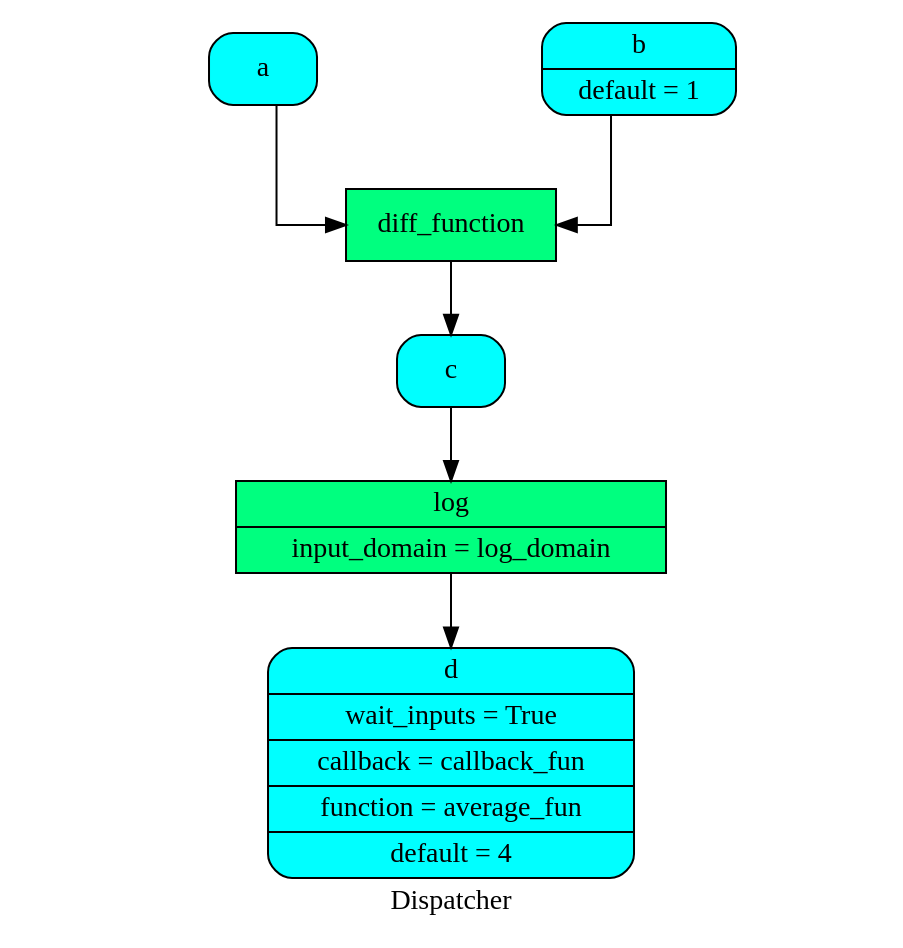
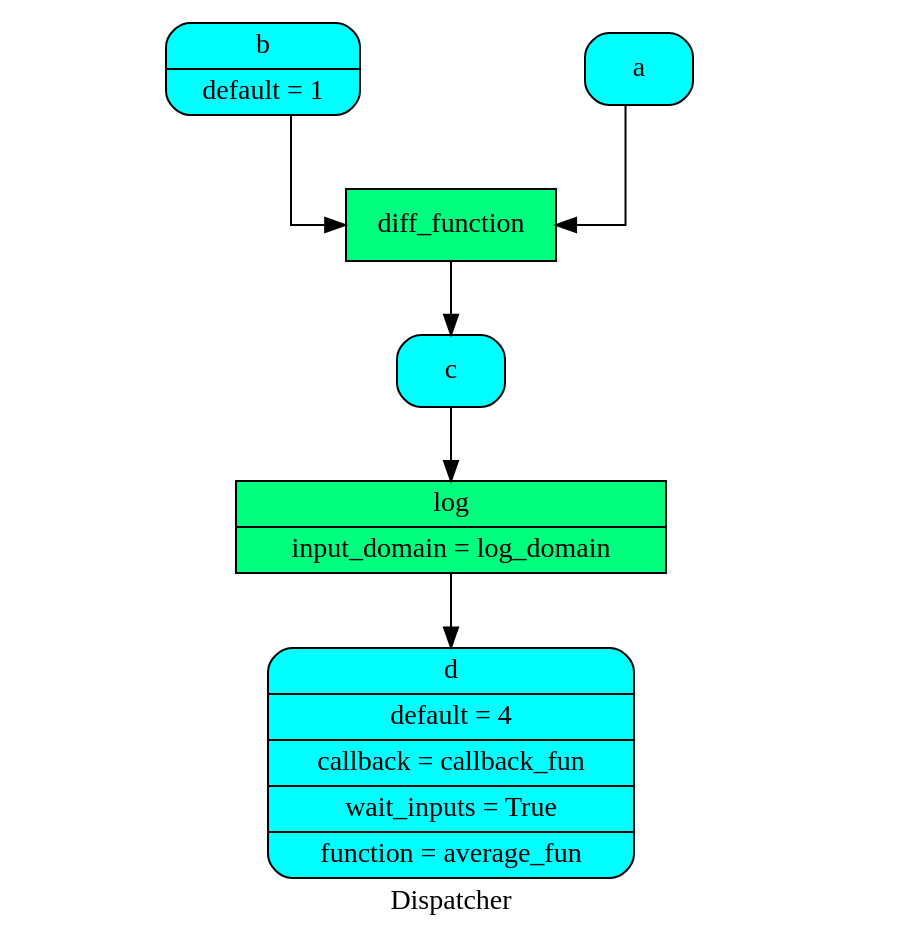
The diagram in doc/source/dispatcher/__init__/Dispatcher/dsp.dot (vinci1it2000/schedula), drawn with Graphviz before and after one commit. The commit also changed 24 other files, not shown here.

```diff
--- a/doc/source/dispatcher/__init__/Dispatcher/dsp.dot
+++ b/doc/source/dispatcher/__init__/Dispatcher/dsp.dot
@@ -1,17 +1,17 @@
 digraph Dispatcher {
 	graph [ratio=1]
 	node [style=filled]
+	label = "Dispatcher"
 	splines = ortho
-	label = "Dispatcher"
-		"Dispatcher_-2193805309291217967" [label="{ c  }" fillcolor=cyan shape=Mrecord]
-		Dispatcher_6631309999372667202 [label="{ d | wait_inputs = True | callback = callback_fun | function = average_fun | default = 4 }" fillcolor=cyan shape=Mrecord]
-		Dispatcher_9139109398902324004 [label="{ a  }" fillcolor=cyan shape=Mrecord]
-		Dispatcher_801494244691917639 [label="{ log | input_domain = log_domain }" fillcolor=springgreen shape=record]
-		Dispatcher_5099201867563505239 [label="{ b | default = 1 }" fillcolor=cyan shape=Mrecord]
-		"Dispatcher_-5488437067600491913" [label="{ diff_function  }" fillcolor=springgreen shape=record]
-			"Dispatcher_-2193805309291217967" -> Dispatcher_801494244691917639
-			Dispatcher_9139109398902324004 -> "Dispatcher_-5488437067600491913"
-			Dispatcher_801494244691917639 -> Dispatcher_6631309999372667202
-			Dispatcher_5099201867563505239 -> "Dispatcher_-5488437067600491913"
-			"Dispatcher_-5488437067600491913" -> "Dispatcher_-2193805309291217967"
+		Dispatcher_362988721157183792 [label="{ diff_function  }" fillcolor=springgreen shape=record]
+		Dispatcher_7224607962633671560 [label="{ b | default = 1 }" fillcolor=cyan shape=Mrecord]
+		Dispatcher_757988770472853780 [label="{ log | input_domain = log_domain }" fillcolor=springgreen shape=record]
+		"Dispatcher_-1353340929889452664" [label="{ a  }" fillcolor=cyan shape=Mrecord]
+		Dispatcher_6900719114362863374 [label="{ c  }" fillcolor=cyan shape=Mrecord]
+		"Dispatcher_-5912537819166218321" [label="{ d | default = 4 | callback = callback_fun | wait_inputs = True | function = average_fun }" fillcolor=cyan shape=Mrecord]
+			Dispatcher_362988721157183792 -> Dispatcher_6900719114362863374
+			Dispatcher_7224607962633671560 -> Dispatcher_362988721157183792
+			Dispatcher_757988770472853780 -> "Dispatcher_-5912537819166218321"
+			"Dispatcher_-1353340929889452664" -> Dispatcher_362988721157183792
+			Dispatcher_6900719114362863374 -> Dispatcher_757988770472853780
 }
```
